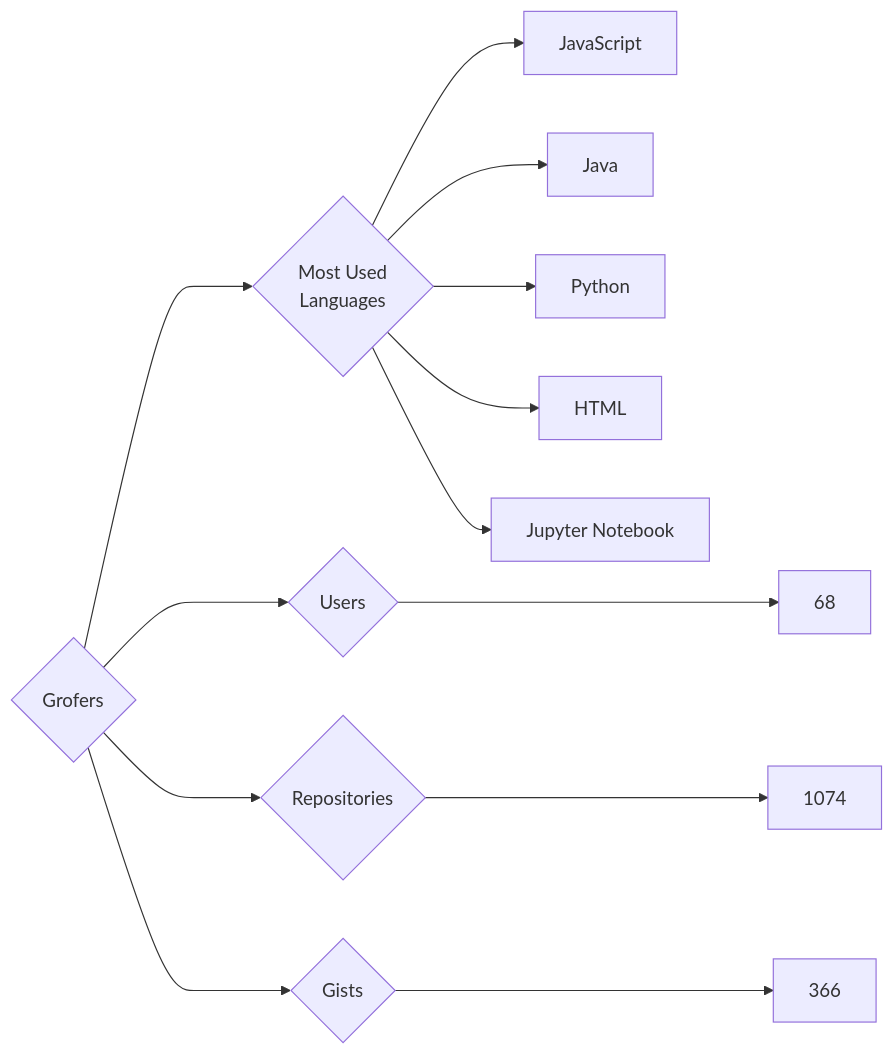
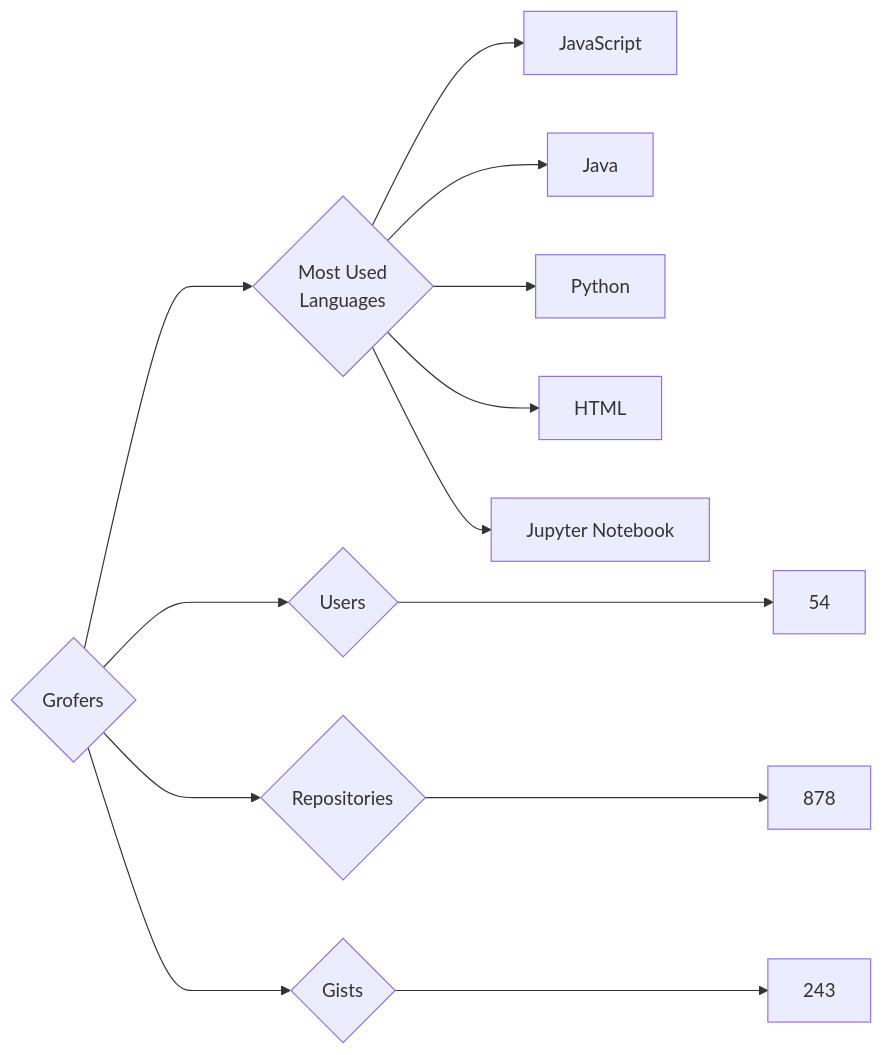
Before and after one commit to trickest/insiders: the diagram in targets/Grofers/README.md, drawn with Mermaid. The commit also changed 965 other files, not shown here.

````diff
--- a/targets/Grofers/README.md
+++ b/targets/Grofers/README.md
@@ -3,13 +3,13 @@
 ```mermaid
 graph LR
 COMPANY_NAME{Grofers}
-COMPANY_NAME ---> U{Users} ---> UN[68]
-COMPANY_NAME ---> R{Repositories} ---> RN[1074]
-COMPANY_NAME ---> G{Gists} ---> GN[366]
+COMPANY_NAME ---> U{Users} ---> UN[54]
+COMPANY_NAME ---> R{Repositories} ---> RN[878]
+COMPANY_NAME ---> G{Gists} ---> GN[243]
 COMPANY_NAME ---> ML{Most Used<br>Languages}
 ML --> JavaScript[JavaScript]
 ML --> Java[Java]
 ML --> Python[Python]
 ML --> HTML[HTML]
 ML --> Jupyter_Notebook[Jupyter Notebook]
 ```
````
